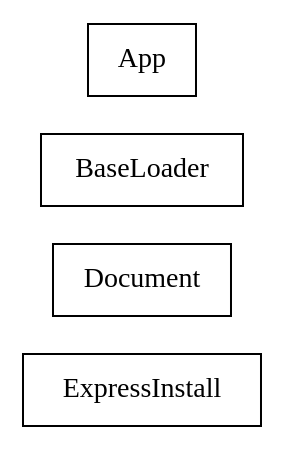
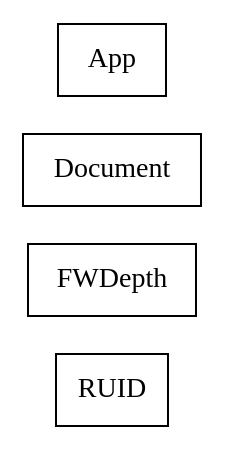
Before and after one commit to sekati/sasapi: the diagram in docs/com/sekati/core/classes.dot, drawn with Graphviz. The commit also changed 62 other files, not shown here.

```diff
--- a/docs/com/sekati/core/classes.dot
+++ b/docs/com/sekati/core/classes.dot
@@ -1,27 +1,27 @@
 strict digraph class_diagram {
   rankdir=LR;
-  TypeExpressInstall[
-    label="ExpressInstall",
-    URL="ExpressInstall.html",
-    tooltip="com.sekati.core.ExpressInstall",
+  TypeRUID[
+    label="RUID",
+    URL="RUID.html",
+    tooltip="com.sekati.core.RUID",
+    shape="record"
+  ];
+  TypeFWDepth[
+    label="FWDepth",
+    URL="FWDepth.html",
+    tooltip="com.sekati.core.FWDepth",
     shape="record"
   ];
   TypeDocument[
     label="Document",
     URL="Document.html",
     tooltip="com.sekati.core.Document",
-    shape="record"
-  ];
-  TypeBaseLoader[
-    label="BaseLoader",
-    URL="BaseLoader.html",
-    tooltip="com.sekati.core.BaseLoader",
     shape="record"
   ];
   TypeApp[
     label="App",
     URL="App.html",
     tooltip="com.sekati.core.App",
     shape="record"
   ];
 }
```
